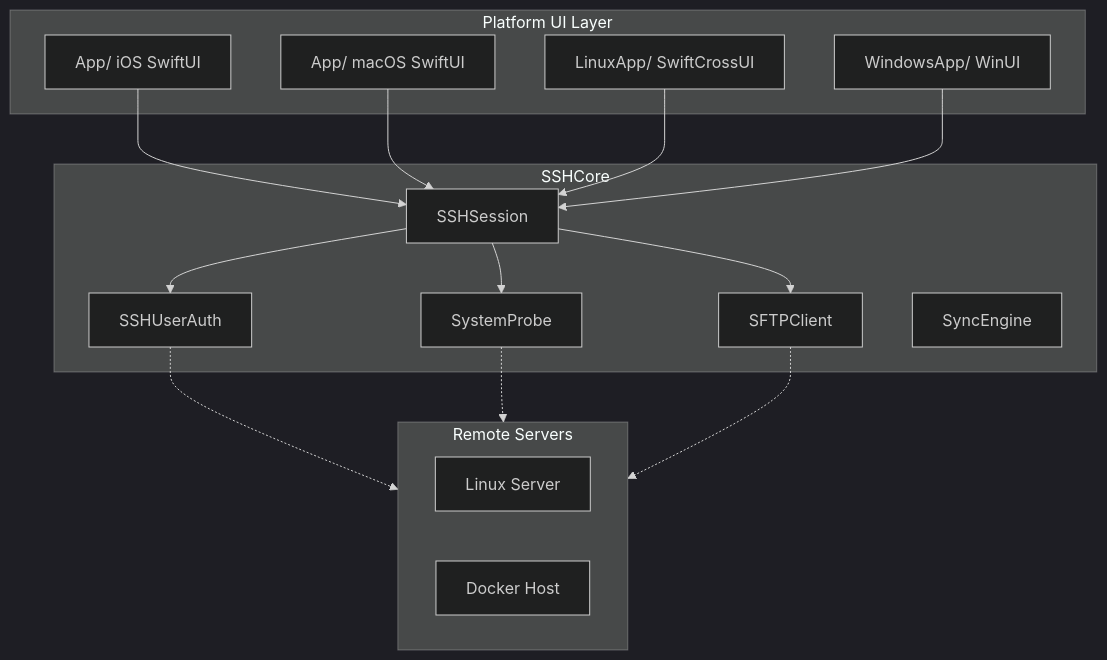
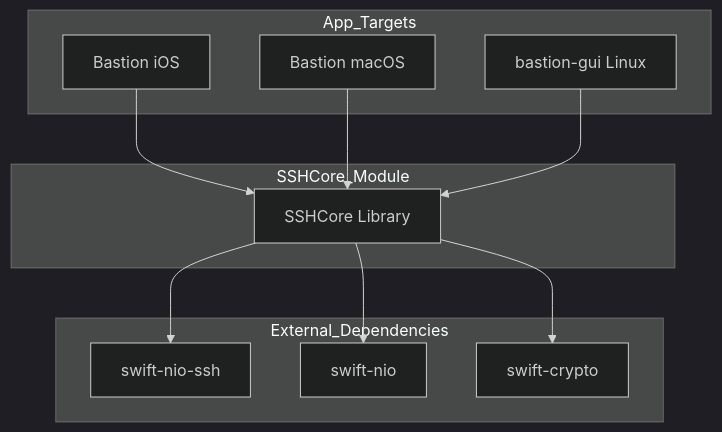
Before and after one commit to blixten85/bastion: the first of 2 diagrams in .cubic/wiki/02-architecture/01-core-architecture.md, drawn with Mermaid (dark theme). The commit also changed other lines of this file and 49 other files, not shown here.

````diff
--- a/.cubic/wiki/02-architecture/01-core-architecture.md
+++ b/.cubic/wiki/02-architecture/01-core-architecture.md
@@ -37,35 +34,25 @@
 ```mermaid
-graph TD
-    subgraph UI_Layer [Platform UI Layer]
-        iOS[App/ iOS SwiftUI]
-        macOS[App/ macOS SwiftUI]
-        Linux[LinuxApp/ SwiftCrossUI]
-        Windows[WindowsApp/ WinUI]
+flowchart TD
+    subgraph App_Targets
+        iOS[Bastion iOS]
+        macOS[Bastion macOS]
+        Linux[bastion-gui Linux]
     end
 
-    subgraph SSHCore_Module [SSHCore]
-        Session[SSHSession]
-        Auth[SSHUserAuth]
-        SFTP[SFTPClient]
-        Probe[SystemProbe]
-        Sync[SyncEngine]
+    subgraph SSHCore_Module
+        SSHCore[SSHCore Library]
     end
 
-    subgraph Remote [Remote Servers]
-        Srv1[Linux Server]
-        Srv2[Docker Host]
+    subgraph External_Dependencies
+        NIOSSH[swift-nio-ssh]
+        NIO[swift-nio]
+        Crypto[swift-crypto]
     end
 
-    iOS --> Session
-    macOS --> Session
-    Linux --> Session
-    Windows --> Session
-
-    Session --> Auth
-    Session --> Probe
-    Session --> SFTP
-    
-    Auth -.-> Remote
-    Probe -.-> Remote
-    SFTP -.-> Remote
+    iOS --> SSHCore
+    macOS --> SSHCore
+    Linux --> SSHCore
+    SSHCore --> NIOSSH
+    SSHCore --> NIO
+    SSHCore --> Crypto
 ```
````
